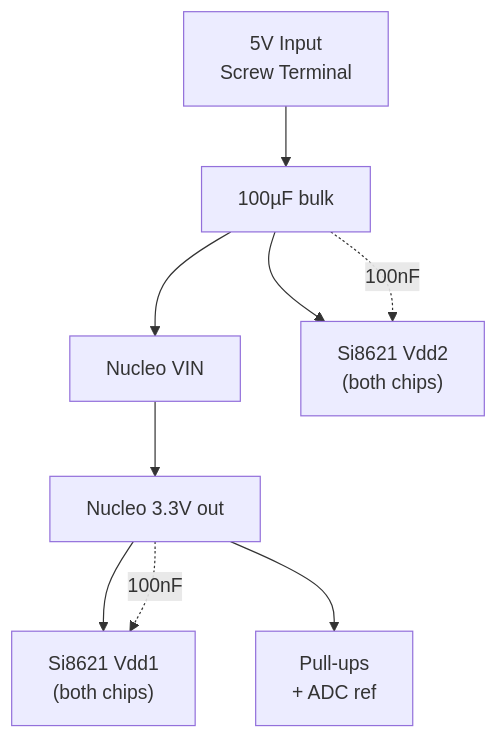
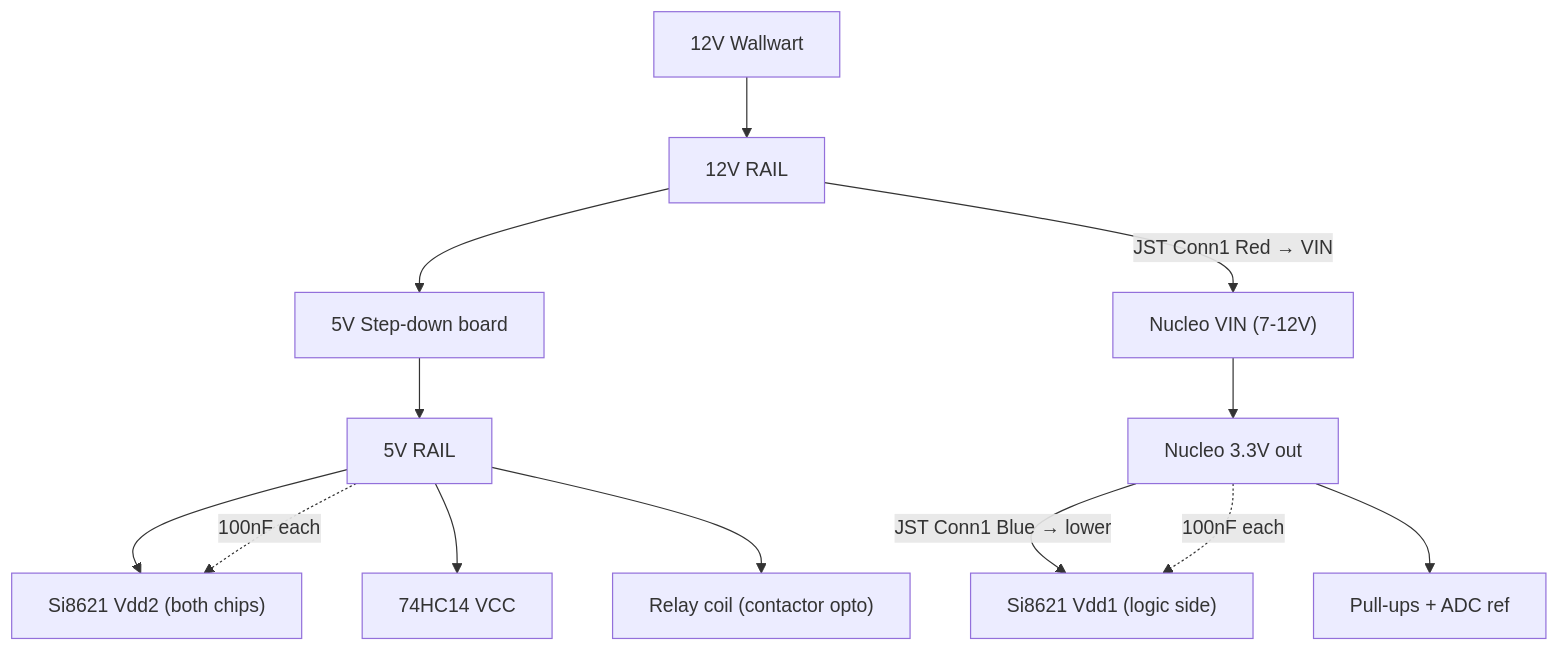
The fifth of 7 diagrams in docs/SHIELD_LAYOUT.md (metanurb21/Nucleo-induction-heater), drawn with Mermaid before and after one commit. The commit also changed other lines of this file, not shown here.

Commit message:
Update SHIELD_LAYOUT: 12V→VIN power arch, stacked perf layout, JST refs

````diff
--- a/docs/SHIELD_LAYOUT.md
+++ b/docs/SHIELD_LAYOUT.md
@@ -66,12 +75,18 @@
 ```mermaid
 graph TD
-    PWR["5V Input<br/>Screw Terminal"] --> C1["100µF bulk"]
-    C1 --> VIN["Nucleo VIN"]
-    C1 --> ISO_VDD2["Si8621 Vdd2<br/>(both chips)"]
+    WALL["12V Wallwart"] --> R12["12V RAIL"]
+    R12 --> STEP["5V Step-down board"]
+    R12 -->|"JST Conn1 Red → VIN"| VIN["Nucleo VIN (7-12V)"]
+    STEP --> R5["5V RAIL"]
     VIN --> V33["Nucleo 3.3V out"]
-    V33 --> ISO_VDD1["Si8621 Vdd1<br/>(both chips)"]
-    V33 --> PULLUPS["Pull-ups<br/>+ ADC ref"]
 
-    C1 -.->|"100nF"| ISO_VDD2
-    V33 -.->|"100nF"| ISO_VDD1
+    R5 --> ISO_VDD2["Si8621 Vdd2 (both chips)"]
+    R5 --> HC14V["74HC14 VCC"]
+    R5 --> RELAY["Relay coil (contactor opto)"]
+
+    V33 -->|"JST Conn1 Blue → lower"| ISO_VDD1["Si8621 Vdd1 (logic side)"]
+    V33 --> PULLUPS["Pull-ups + ADC ref"]
+
+    R5 -.->|"100nF each"| ISO_VDD2
+    V33 -.->|"100nF each"| ISO_VDD1
 ```
````
